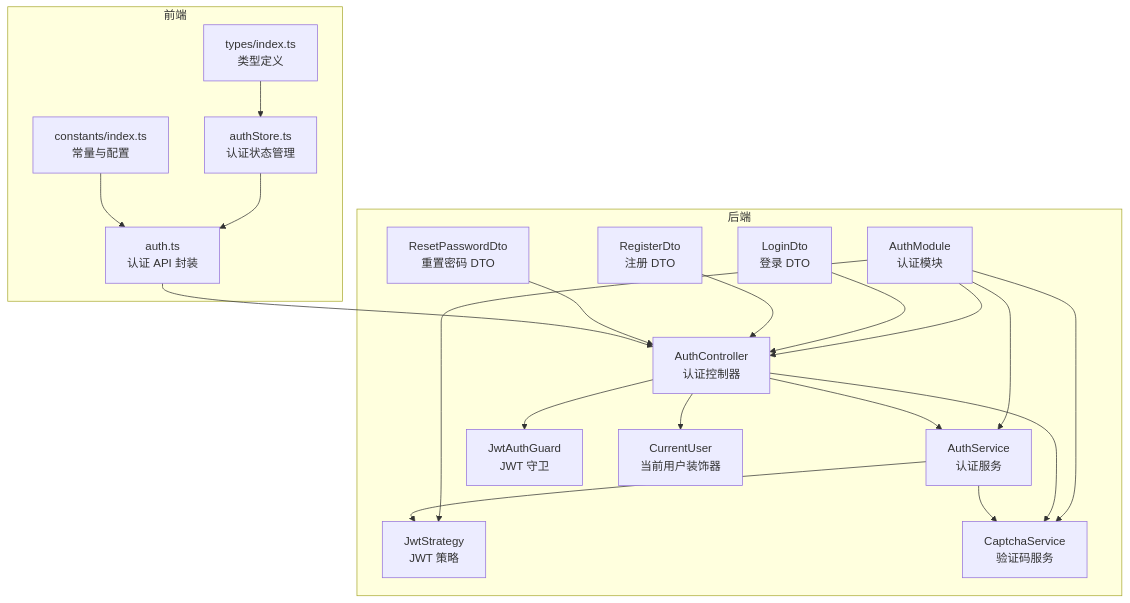
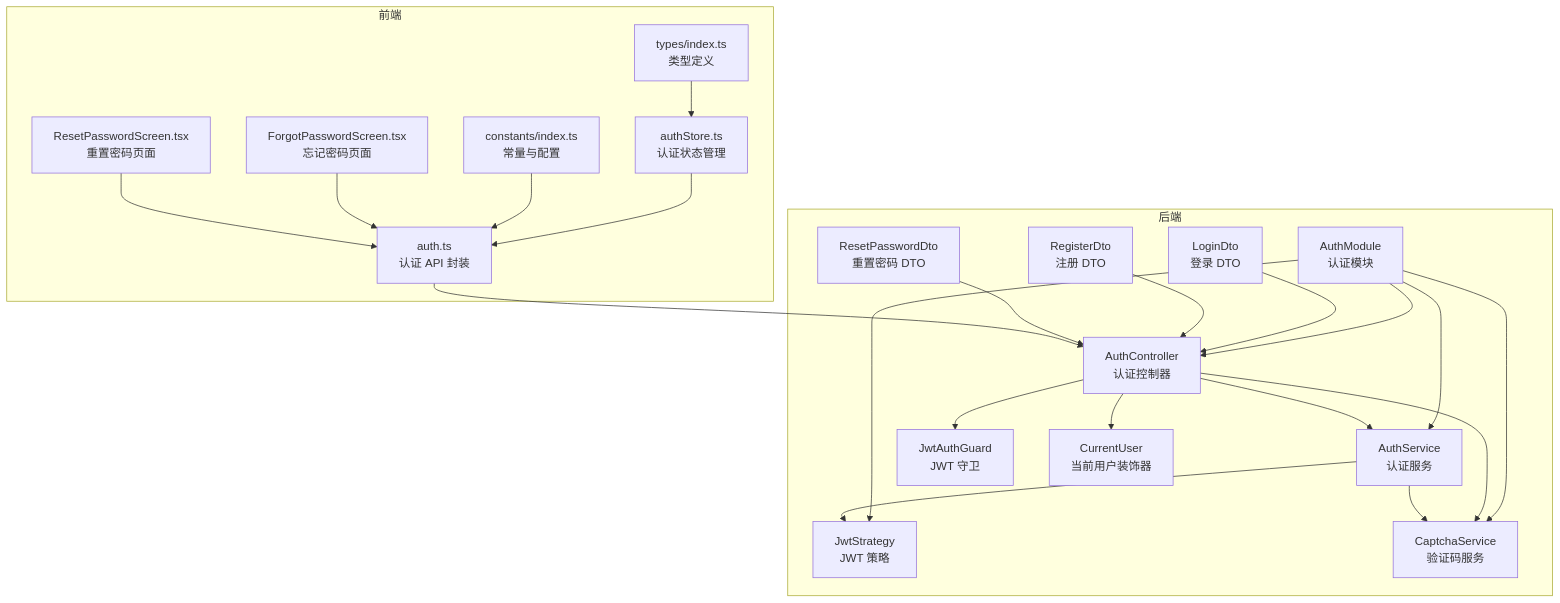
Before and after one commit to lsqwawa/free-dress: the first of 9 diagrams in .qoder/repowiki/zh/content/后端开发指南/核心模块详解/认证模块.md, drawn with Mermaid. The commit also changed other lines of this file and 74 other files, not shown here.

````diff
--- a/.qoder/repowiki/zh/content/后端开发指南/核心模块详解/认证模块.md
+++ b/.qoder/repowiki/zh/content/后端开发指南/核心模块详解/认证模块.md
@@ -47,38 +50,42 @@
 ```mermaid
 graph TB
 subgraph "后端"
 AM["AuthModule<br/>认证模块"]
 AC["AuthController<br/>认证控制器"]
 AS["AuthService<br/>认证服务"]
 JS["JwtStrategy<br/>JWT 策略"]
 CS["CaptchaService<br/>验证码服务"]
 DTO_L["LoginDto<br/>登录 DTO"]
 DTO_R["RegisterDto<br/>注册 DTO"]
 DTO_P["ResetPasswordDto<br/>重置密码 DTO"]
 GUARD["JwtAuthGuard<br/>JWT 守卫"]
 DECOR["CurrentUser<br/>当前用户装饰器"]
 end
 subgraph "前端"
 API["auth.ts<br/>认证 API 封装"]
 STORE["authStore.ts<br/>认证状态管理"]
 TYPES["types/index.ts<br/>类型定义"]
 CONST["constants/index.ts<br/>常量与配置"]
+FORGOT_SCREEN["ForgotPasswordScreen.tsx<br/>忘记密码页面"]
+RESET_SCREEN["ResetPasswordScreen.tsx<br/>重置密码页面"]
 end
 AM --> AC
 AM --> AS
 AM --> JS
 AM --> CS
 AC --> AS
 AC --> CS
 AS --> CS
 AS --> JS
 AC --> GUARD
 AC --> DECOR
 DTO_L --> AC
 DTO_R --> AC
 DTO_P --> AC
 API --> AC
 STORE --> API
 TYPES --> STORE
 CONST --> API
+FORGOT_SCREEN --> API
+RESET_SCREEN --> API
 ```
````
